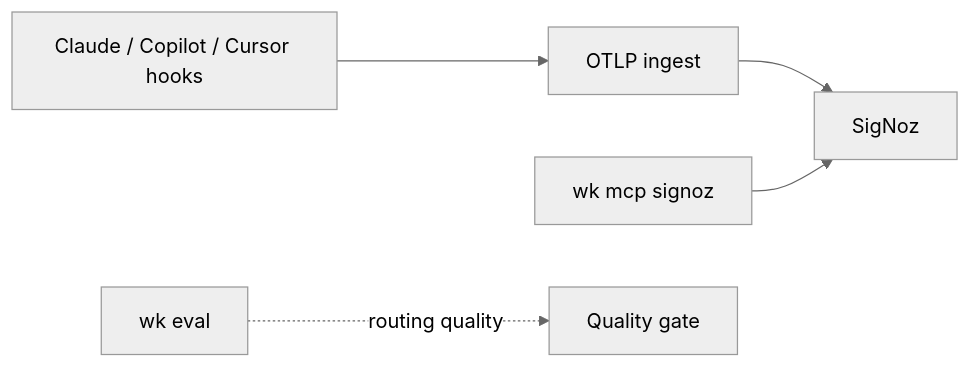
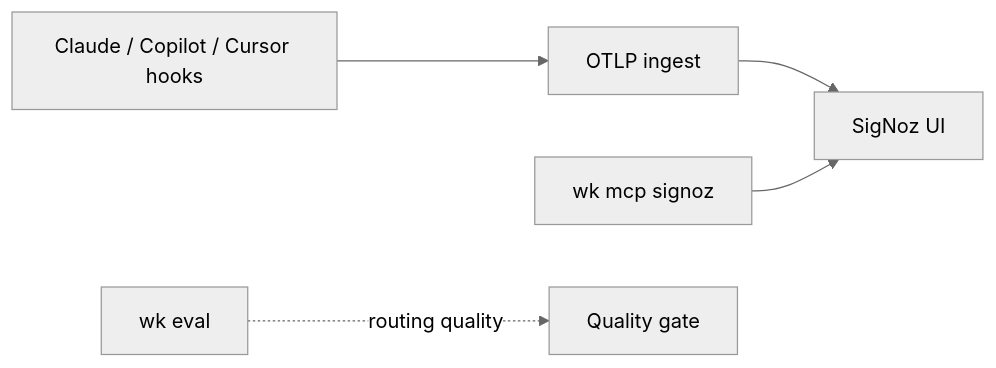
One commit to mzworthington/waykit changed the diagram in SOPs/coding-agent-observability.md. Above: the diagram before and after it, drawn with Mermaid (neutral theme). The commit also changed other lines of this file and 27 other files, not shown here.

Commit message:
feat(sops): send coding-agent traces to community SigNoz

````diff
--- a/SOPs/coding-agent-observability.md
+++ b/SOPs/coding-agent-observability.md
@@ -19,11 +20,11 @@
 ```mermaid
 flowchart LR
   hosts[Claude / Copilot / Cursor hooks]
   otlp[OTLP ingest]
-  sz[SigNoz]
+  ui[SigNoz UI]
   mcp[wk mcp signoz]
   ev[wk eval]
-  hosts --> otlp --> sz
-  mcp --> sz
+  hosts --> otlp --> ui
+  mcp --> ui
   ev -.->|routing quality| gate[Quality gate]
 ```
````
